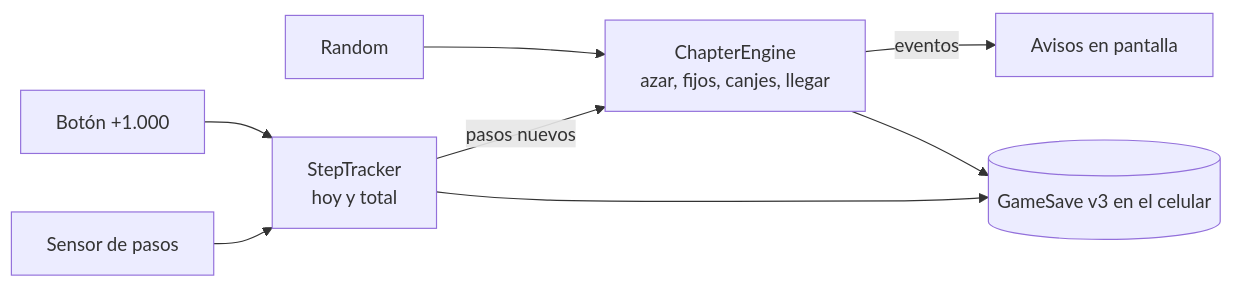
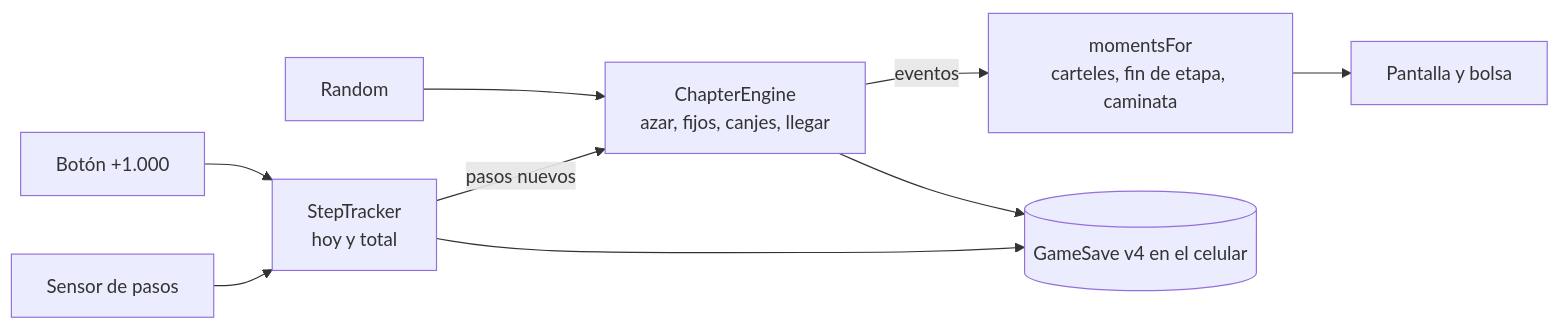
The diagram in docs/informe.md (Ivanknop/gramonia-steps), drawn with Mermaid before and after one commit. The commit also changed other lines of this file and 59 other files, not shown here.

````diff
--- a/docs/informe.md
+++ b/docs/informe.md
@@ -63,10 +83,11 @@
 ```mermaid
 flowchart LR
   S[Sensor de pasos] --> T[StepTracker<br/>hoy y total]
   D[Botón +1.000] --> T
   T -- pasos nuevos --> E[ChapterEngine<br/>azar, fijos, canjes, llegar]
   R[Random] --> E
-  E -- eventos --> A[Avisos en pantalla]
-  T --> G[(GameSave v3 en el celular)]
+  E -- eventos --> M[momentsFor<br/>carteles, fin de etapa, caminata]
+  M --> P[Pantalla y bolsa]
+  T --> G[(GameSave v4 en el celular)]
   E --> G
 ```
````
